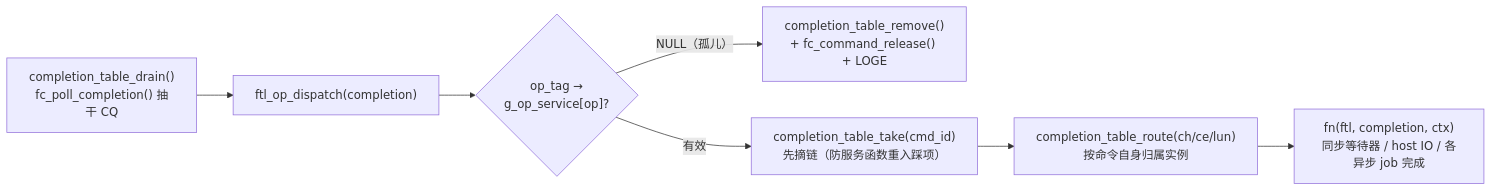
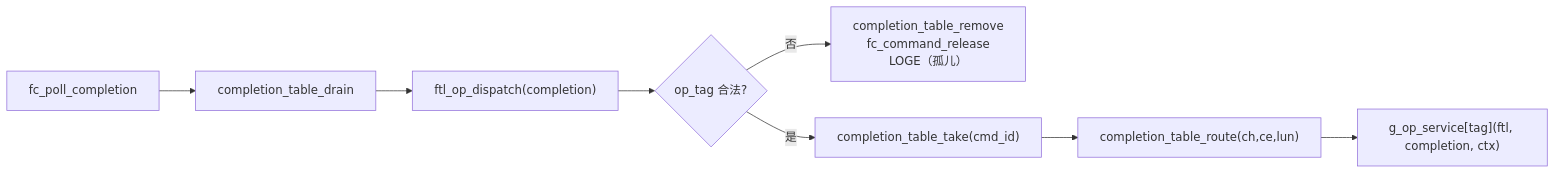
Before and after one commit to YzYMIAO/BASESSD: diagram 14 of 28 in docs/design/ftl_design.md, drawn with Mermaid. The commit also changed other lines of this file and 4 other files, not shown here.

````diff
--- a/docs/design/ftl_design.md
+++ b/docs/design/ftl_design.md
@@ -3713,9 +2078,10 @@
 ```mermaid
 flowchart LR
-    DRAIN["completion_table_drain()<br/>fc_poll_completion() 抽干 CQ"] --> DISP["ftl_op_dispatch(completion)"]
-    DISP --> OP{"op_tag →<br/>g_op_service[op]?"}
-    OP -- NULL（孤儿） --> ORPHAN["completion_table_remove()<br/>+ fc_command_release() + LOGE"]
-    OP -- 有效 --> TAKE["completion_table_take(cmd_id)<br/>先摘链（防服务函数重入踩项）"]
-    TAKE --> ROUTE["completion_table_route(ch/ce/lun)<br/>按命令自身归属实例"]
-    ROUTE --> FN["fn(ftl, completion, ctx)<br/>同步等待器 / host IO / 各异步 job 完成"]
+    A["fc_poll_completion"] --> B["completion_table_drain"]
+    B --> C["ftl_op_dispatch(completion)"]
+    C --> D{"op_tag 合法?"}
+    D -- "否" --> E["completion_table_remove<br/>fc_command_release<br/>LOGE（孤儿）"]
+    D -- "是" --> F["completion_table_take(cmd_id)"]
+    F --> G["completion_table_route(ch,ce,lun)"]
+    G --> H["g_op_service[tag](ftl, completion, ctx)"]
 ```
````
